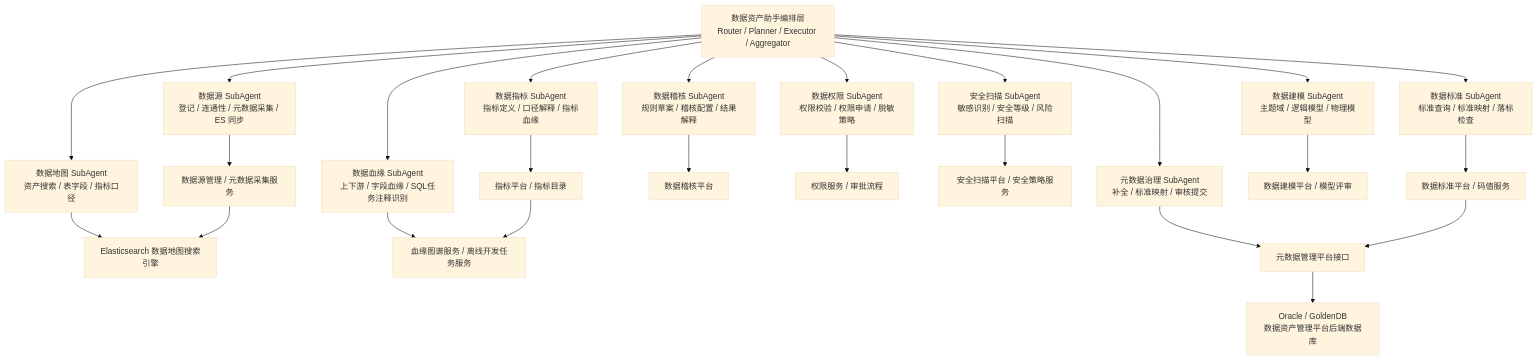
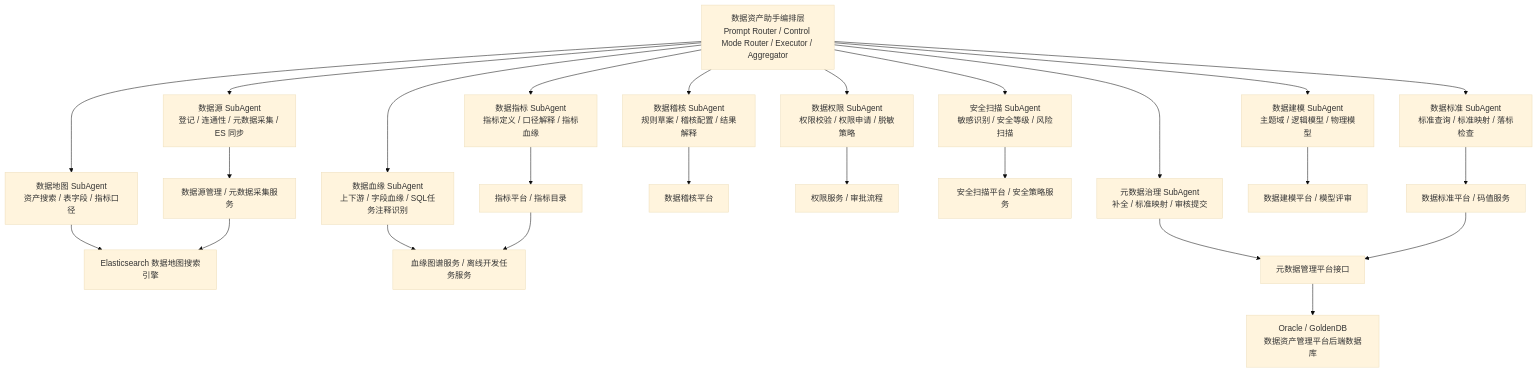
One commit to ShaneLiu001/dataasset changed the fifth of 8 diagrams in 数据资产助手/06-架构设计/01-数据资产助手技术架构设计.md. Above: the diagram before and after it, drawn with Mermaid (base theme). The commit also changed other lines of this file and 11 other files, not shown here.

````diff
--- a/数据资产助手/06-架构设计/01-数据资产助手技术架构设计.md
+++ b/数据资产助手/06-架构设计/01-数据资产助手技术架构设计.md
@@ -228,29 +249,29 @@
 ```mermaid
 flowchart TB
-  AssetRouter[数据资产助手编排层<br/>Router / Planner / Executor / Aggregator] --> MapAgent[数据地图 SubAgent<br/>资产搜索 / 表字段 / 指标口径]
+  AssetRouter[数据资产助手编排层<br/>Prompt Router / Control Mode Router / Executor / Aggregator] --> MapAgent[数据地图 SubAgent<br/>资产搜索 / 表字段 / 指标口径]
   AssetRouter --> SourceAgent[数据源 SubAgent<br/>登记 / 连通性 / 元数据采集 / ES 同步]
   AssetRouter --> QualityAgent[数据稽核 SubAgent<br/>规则草案 / 稽核配置 / 结果解释]
   AssetRouter --> PermissionAgent[数据权限 SubAgent<br/>权限校验 / 权限申请 / 脱敏策略]
   AssetRouter --> SecurityAgent[安全扫描 SubAgent<br/>敏感识别 / 安全等级 / 风险扫描]
   AssetRouter --> LineageAgent[数据血缘 SubAgent<br/>上下游 / 字段血缘 / SQL任务注释识别]
   AssetRouter --> GovernanceAgent[元数据治理 SubAgent<br/>补全 / 标准映射 / 审核提交]
   AssetRouter --> StandardAgent[数据标准 SubAgent<br/>标准查询 / 标准映射 / 落标检查]
   AssetRouter --> ModelingAgent[数据建模 SubAgent<br/>主题域 / 逻辑模型 / 物理模型]
   AssetRouter --> MetricAgent[数据指标 SubAgent<br/>指标定义 / 口径解释 / 指标血缘]
 
   MapAgent --> DataMap[Elasticsearch 数据地图搜索引擎]
   SourceAgent --> SourcePlatform[数据源管理 / 元数据采集服务]
   QualityAgent --> QualityPlatform[数据稽核平台]
   PermissionAgent --> PermissionPlatform[权限服务 / 审批流程]
   SecurityAgent --> SecurityPlatform[安全扫描平台 / 安全策略服务]
   LineageAgent --> LineagePlatform[血缘图谱服务 / 离线开发任务服务]
   GovernanceAgent --> MetadataPlatform[元数据管理平台接口]
   StandardAgent --> StandardPlatform[数据标准平台 / 码值服务]
   ModelingAgent --> ModelingPlatform[数据建模平台 / 模型评审]
   MetricAgent --> MetricPlatform[指标平台 / 指标目录]
 
   MetadataPlatform --> PlatformDB[Oracle / GoldenDB<br/>数据资产管理平台后端数据库]
   StandardPlatform --> MetadataPlatform
   MetricPlatform --> LineagePlatform
   SourcePlatform --> DataMap
 ```
````
